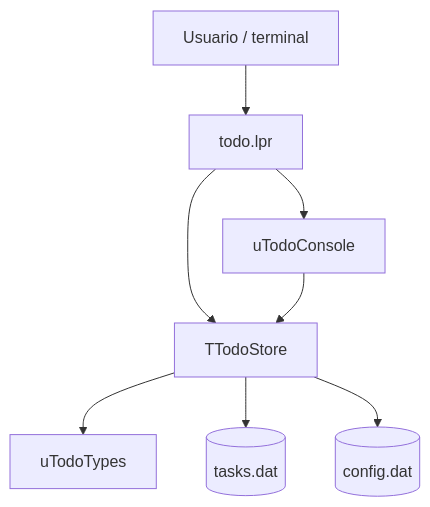
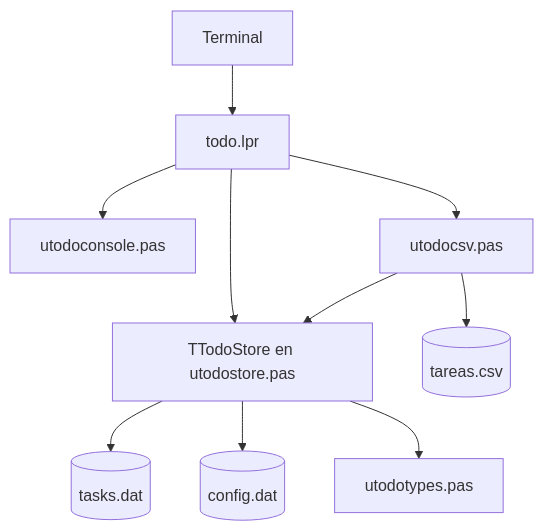
One commit to WalexNet/todo_kanban_cli changed the second of 2 diagrams in README.md. Above: the diagram before and after it, drawn with Mermaid. The commit also changed other lines of this file and 8 other files, not shown here.

````diff
--- a/README.md
+++ b/README.md
@@ -218,10 +193,12 @@
 ```mermaid
 flowchart TD
-    U[Usuario / terminal] --> M[todo.lpr]
-    M --> C[uTodoConsole]
-    M --> S[TTodoStore]
-    C --> S
-    S --> T[uTodoTypes]
-    S --> F[(tasks.dat)]
-    S --> G[(config.dat)]
+    U["Terminal"] --> CLI["todo.lpr"]
+    CLI --> CON["utodoconsole.pas"]
+    CLI --> CSV["utodocsv.pas"]
+    CLI --> STORE["TTodoStore en utodostore.pas"]
+    CSV --> CF[("tareas.csv")]
+    CSV --> STORE
+    STORE --> DATA[("tasks.dat")]
+    STORE --> CONFIG[("config.dat")]
+    STORE --> TYPES["utodotypes.pas"]
 ```
````
